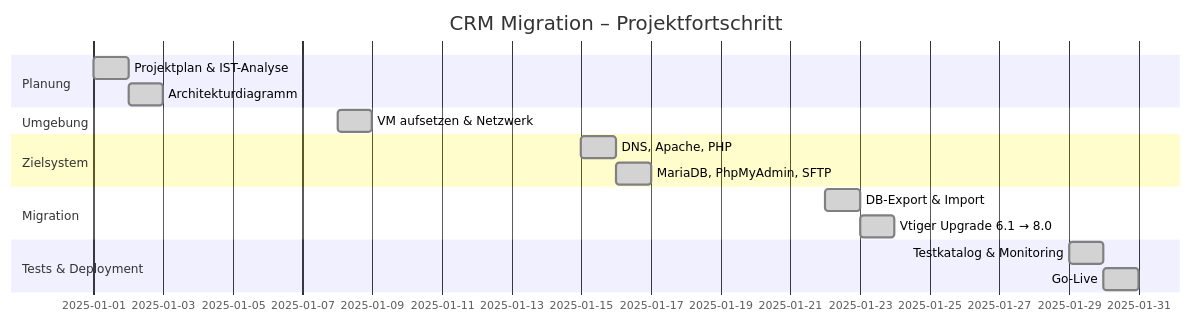
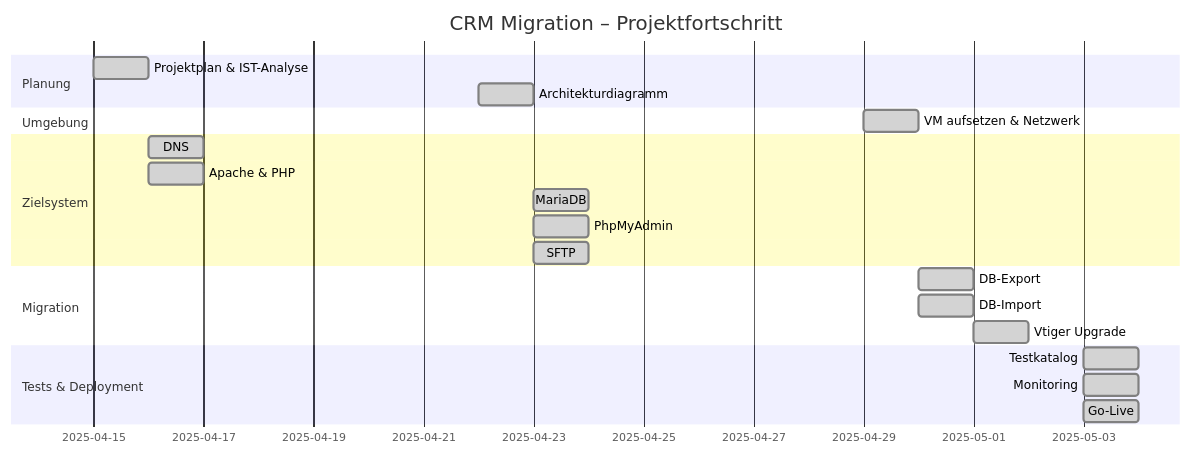
Before and after one commit to TBZ-Rob/M158-LB2: the diagram in Arbeitsjournal.md, drawn with Mermaid.

````diff
--- a/Arbeitsjournal.md
+++ b/Arbeitsjournal.md
@@ -5,19 +5,29 @@
 ```mermaid
 gantt
     title CRM Migration – Projektfortschritt
     dateFormat  YYYY-MM-DD
+
     section Planung
-    Projektplan & IST-Analyse      :done, p1, 2025-01-01, 1d
-    Architekturdiagramm            :done, p2, 2025-01-02, 1d
+    Projektplan & IST-Analyse      :done, 2025-04-15, 1d
+    Architekturdiagramm            :done, 2025-04-22, 1d
+
     section Umgebung
-    VM aufsetzen & Netzwerk        :done, u1, 2025-01-08, 1d
+    VM aufsetzen & Netzwerk        :done, 2025-04-29, 1d
+
     section Zielsystem
-    DNS, Apache, PHP               :done, z1, 2025-01-15, 1d
-    MariaDB, PhpMyAdmin, SFTP      :done, z2, 2025-01-16, 1d
+    DNS                           :done, 2025-04-16, 1d
+    Apache & PHP                  :done, 2025-04-16, 1d
+    MariaDB                       :done, 2025-04-23, 1d
+    PhpMyAdmin                    :done, 2025-04-23, 1d
+    SFTP                          :done, 2025-04-23, 1d
+
     section Migration
-    DB-Export & Import             :done, m1, 2025-01-22, 1d
-    Vtiger Upgrade 6.1 → 8.0      :done, m2, 2025-01-23, 1d
+    DB-Export                     :done, 2025-04-30, 1d
+    DB-Import                     :done, 2025-04-30, 1d
+    Vtiger Upgrade                :done, 2025-05-01, 1d
+
     section Tests & Deployment
-    Testkatalog & Monitoring       :done, t1, 2025-01-29, 1d
-    Go-Live                        :done, t2, 2025-01-30, 1d
+    Testkatalog                   :done, 2025-05-03, 1d
+    Monitoring                    :done, 2025-05-03, 1d
+    Go-Live                       :done, 2025-05-03, 1d
 ```
````
